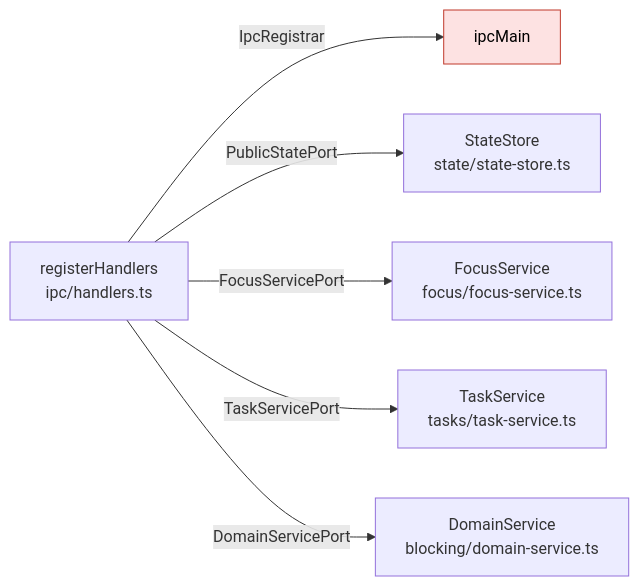
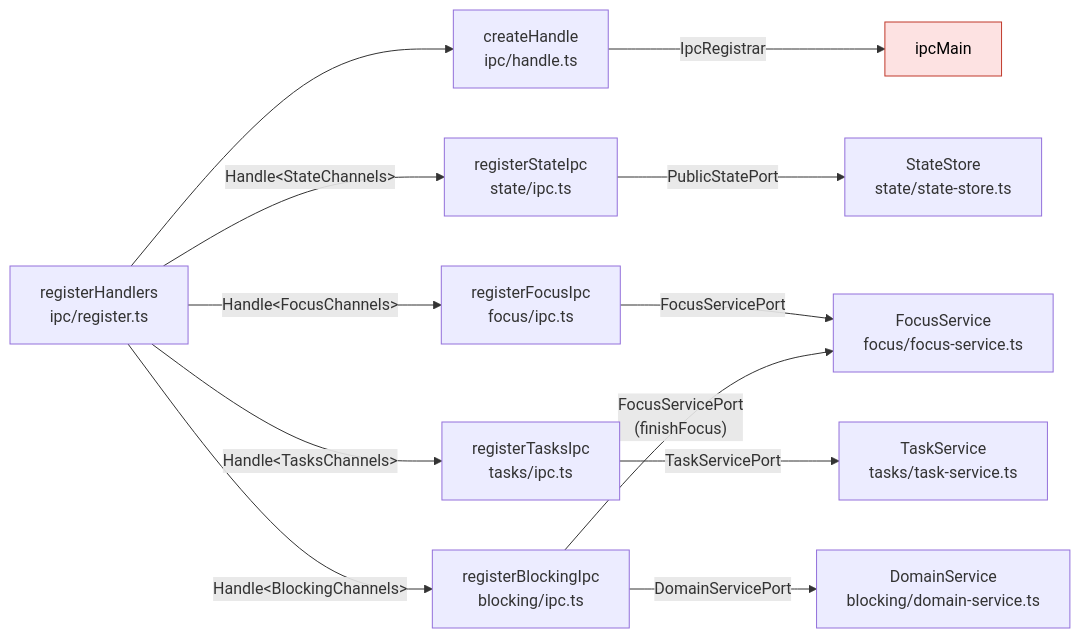
Before and after one commit to DevJuan95/ritmo: the fourth of 13 diagrams in docs/arquitectura.md, drawn with Mermaid. The commit also changed other lines of this file and 19 other files, not shown here.

````diff
--- a/docs/arquitectura.md
+++ b/docs/arquitectura.md
@@ -129,17 +129,28 @@
 ```mermaid
 flowchart LR
   ipcMain["ipcMain"]:::electron
-  ipc["registerHandlers<br/>ipc/handlers.ts"]
+  register["registerHandlers<br/>ipc/register.ts"]
+  handle["createHandle<br/>ipc/handle.ts"]
+  stateIpc["registerStateIpc<br/>state/ipc.ts"]
+  focusIpc["registerFocusIpc<br/>focus/ipc.ts"]
+  tasksIpc["registerTasksIpc<br/>tasks/ipc.ts"]
+  blockingIpc["registerBlockingIpc<br/>blocking/ipc.ts"]
   store["StateStore<br/>state/state-store.ts"]
   focus["FocusService<br/>focus/focus-service.ts"]
   taskService["TaskService<br/>tasks/task-service.ts"]
   domainService["DomainService<br/>blocking/domain-service.ts"]
 
-  ipc -- "IpcRegistrar" --> ipcMain
-  ipc -- "PublicStatePort" --> store
-  ipc -- "FocusServicePort" --> focus
-  ipc -- "TaskServicePort" --> taskService
-  ipc -- "DomainServicePort" --> domainService
+  register --> handle
+  handle -- "IpcRegistrar" --> ipcMain
+  register -- "Handle&lt;StateChannels&gt;" --> stateIpc
+  register -- "Handle&lt;FocusChannels&gt;" --> focusIpc
+  register -- "Handle&lt;TasksChannels&gt;" --> tasksIpc
+  register -- "Handle&lt;BlockingChannels&gt;" --> blockingIpc
+  stateIpc -- "PublicStatePort" --> store
+  focusIpc -- "FocusServicePort" --> focus
+  tasksIpc -- "TaskServicePort" --> taskService
+  blockingIpc -- "DomainServicePort" --> domainService
+  blockingIpc -- "FocusServicePort<br/>(finishFocus)" --> focus
 
   classDef electron fill:#fde2e2,stroke:#c0392b,color:#000
 ```
````
